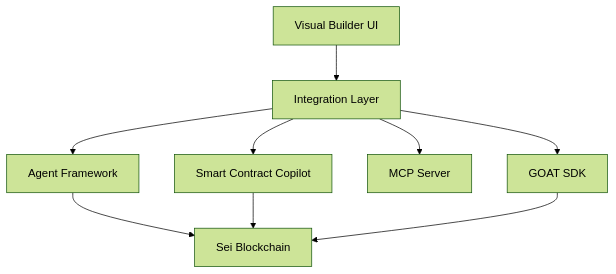
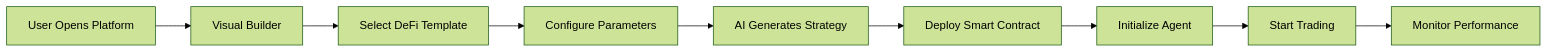
The third of 4 diagrams in README.md (passionate-dev7/SAIP-Sei-AI-Agent-Infrastructure-Platform), drawn with Mermaid (forest theme) before and after one commit. The commit also changed other lines of this file, not shown here.

````diff
--- a/README.md
+++ b/README.md
@@ -53,11 +346,11 @@
 ```mermaid
-graph TD
-    A[Visual Builder UI] --> B[Integration Layer]
-    B --> C[Agent Framework]
-    B --> D[Smart Contract Copilot]
-    B --> E[MCP Server]
-    B --> F[GOAT SDK]
-    C --> G[Sei Blockchain]
-    D --> G
-    F --> G
+graph LR
+    A[User Opens Platform] --> B[Visual Builder]
+    B --> C[Select DeFi Template]
+    C --> D[Configure Parameters]
+    D --> E[AI Generates Strategy]
+    E --> F[Deploy Smart Contract]
+    F --> G[Initialize Agent]
+    G --> H[Start Trading]
+    H --> I[Monitor Performance]
 ```
````
